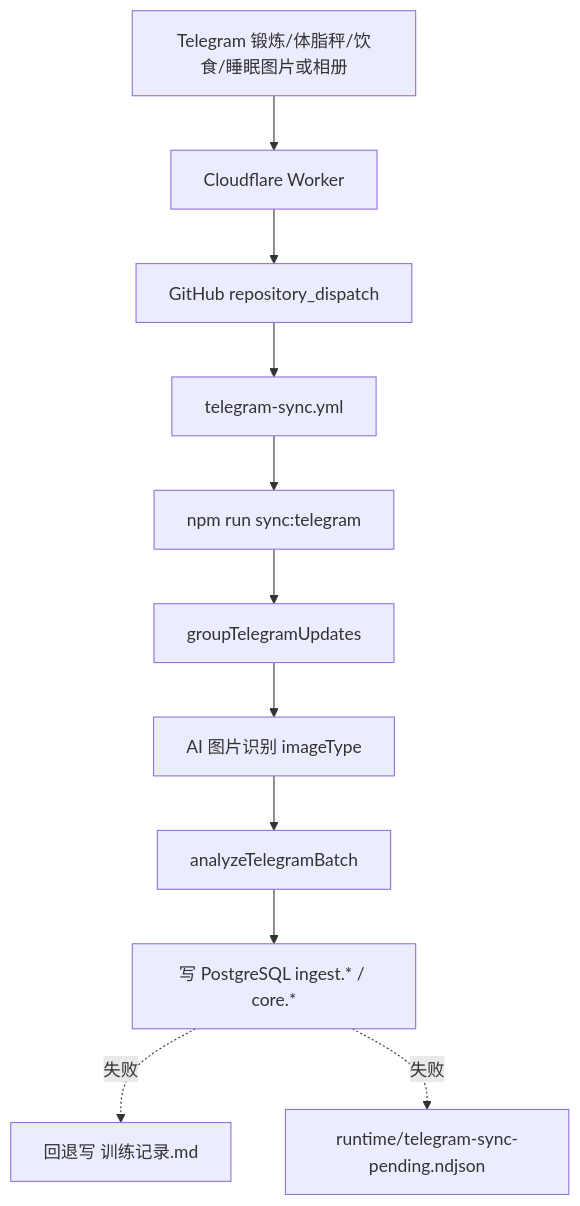
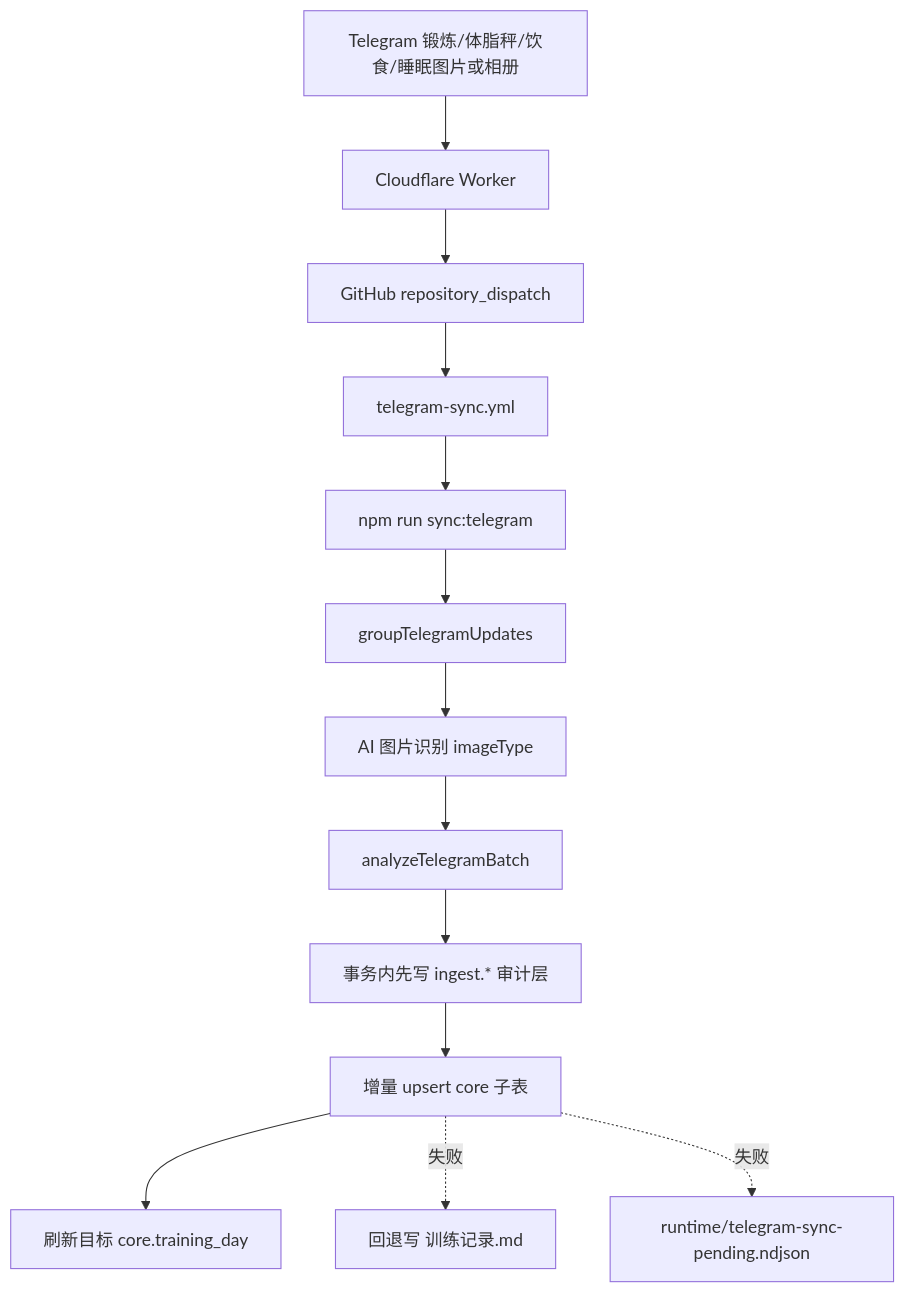
The second of 4 diagrams in docs/数据流转/数据流转说明.md (soulgo/training_records), drawn with Mermaid before and after one commit. The commit also changed other lines of this file and 12 other files, not shown here.

````diff
--- a/docs/数据流转/数据流转说明.md
+++ b/docs/数据流转/数据流转说明.md
@@ -29,13 +29,15 @@
 ```mermaid
 flowchart TD
   T["Telegram 锻炼/体脂秤/饮食/睡眠图片或相册"] --> W["Cloudflare Worker"]
   W --> R["GitHub repository_dispatch"]
   R --> A["telegram-sync.yml"]
   A --> S["npm run sync:telegram"]
   S --> G["groupTelegramUpdates"]
   G --> AI["AI 图片识别 imageType"]
   AI --> N["analyzeTelegramBatch"]
-  N --> DB["写 PostgreSQL ingest.* / core.*"]
+  N --> I["事务内先写 ingest.* 审计层"]
+  I --> DB["增量 upsert core 子表"]
+  DB --> D["刷新目标 core.training_day"]
   DB -. "失败" .-> M["回退写 训练记录.md"]
   DB -. "失败" .-> Q["runtime/telegram-sync-pending.ndjson"]
 ```
````
